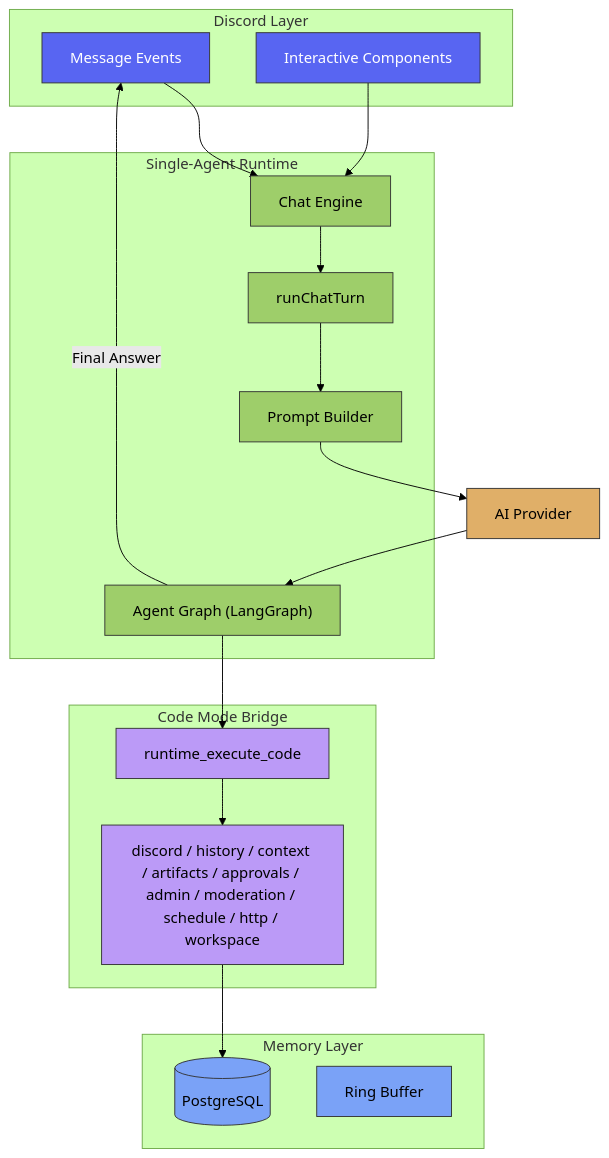
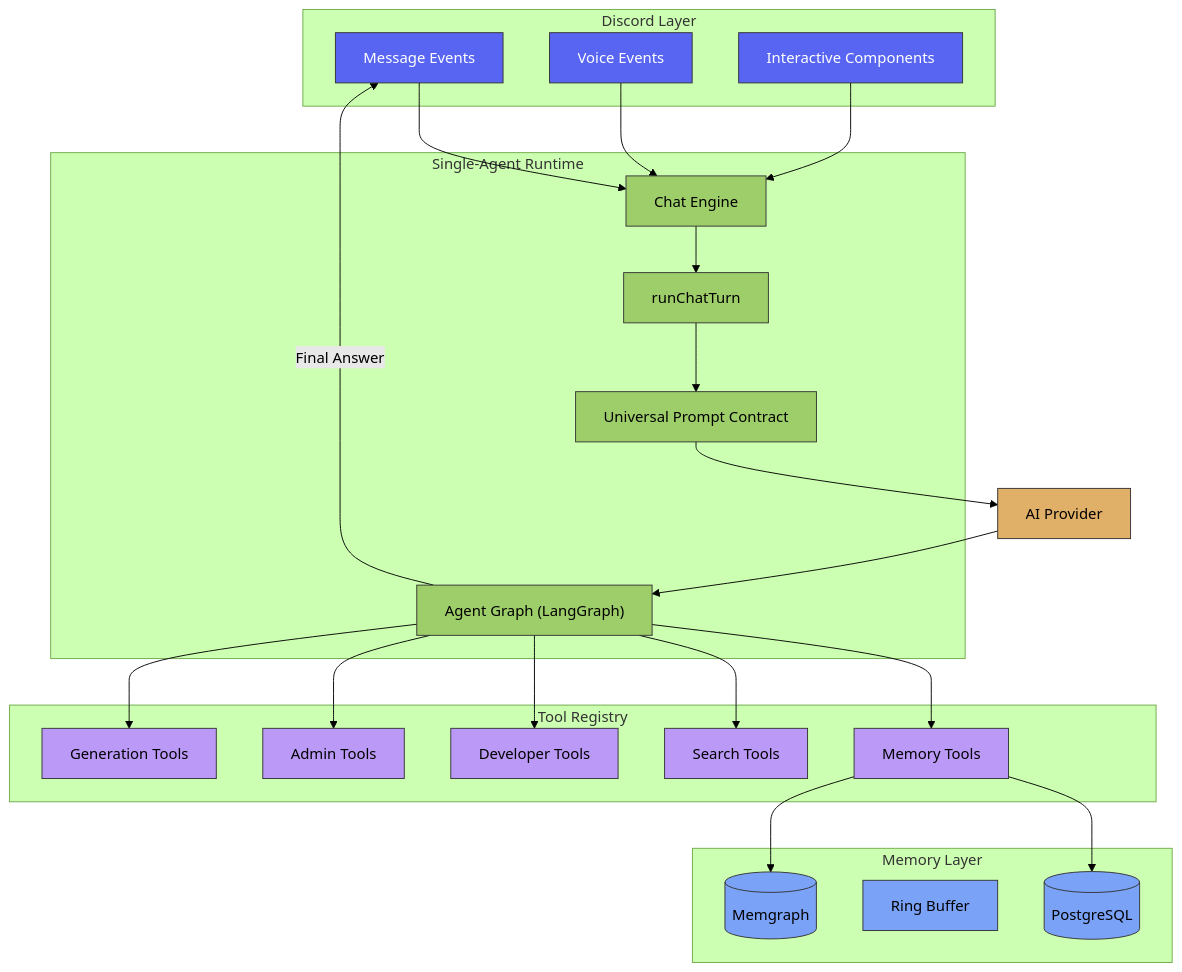
One commit to BokX1/Sage changed the first of 2 diagrams in docs/architecture/OVERVIEW.md. Above: the diagram before and after it, drawn with Mermaid (forest theme). The commit also changed other lines of this file and 218 other files, not shown here.

````diff
--- a/docs/architecture/OVERVIEW.md
+++ b/docs/architecture/OVERVIEW.md
@@ -42,38 +42,44 @@
 ```mermaid
 flowchart TD
     classDef discord fill:#5865f2,stroke:#333,color:white
     classDef runtime fill:#9ECE6A,stroke:#333,color:black
     classDef memory fill:#7AA2F7,stroke:#333,color:black
-    classDef bridge fill:#BB9AF7,stroke:#333,color:black
+    classDef tools fill:#BB9AF7,stroke:#333,color:black
     classDef llm fill:#E0AF68,stroke:#333,color:black
 
     subgraph Discord["Discord Layer"]
         ME[Message Events]:::discord
+        VE[Voice Events]:::discord
         IC[Interactive Components]:::discord
     end
 
     subgraph Runtime["Single-Agent Runtime"]
         CE[Chat Engine]:::runtime
         RT[runChatTurn]:::runtime
-        PC["Prompt Builder"]:::runtime
+        PC["Universal Prompt Contract"]:::runtime
         AG["Agent Graph (LangGraph)"]:::runtime
     end
 
     subgraph Memory["Memory Layer"]
         PG[(PostgreSQL)]:::memory
         RB[Ring Buffer]:::memory
+        MG[(Memgraph)]:::memory
     end
 
-    subgraph Bridge["Code Mode Bridge"]
-        CM["runtime_execute_code"]:::bridge
-        BR["discord / history / context / artifacts / approvals / admin / moderation / schedule / http / workspace"]:::bridge
+    subgraph Tools["Tool Registry"]
+        MT[Memory Tools]:::tools
+        ST[Search Tools]:::tools
+        DT[Developer Tools]:::tools
+        AT[Admin Tools]:::tools
+        GT[Generation Tools]:::tools
     end
 
     ME --> CE --> RT
+    VE --> CE
     IC --> CE
     RT --> PC --> LLM[AI Provider]:::llm
     LLM --> AG
-    AG --> CM --> BR
-    BR --> PG
+    AG --> MT & ST & DT & AT & GT
+    MT --> PG & MG
     AG -->|"Final Answer"| ME
 ```
````
